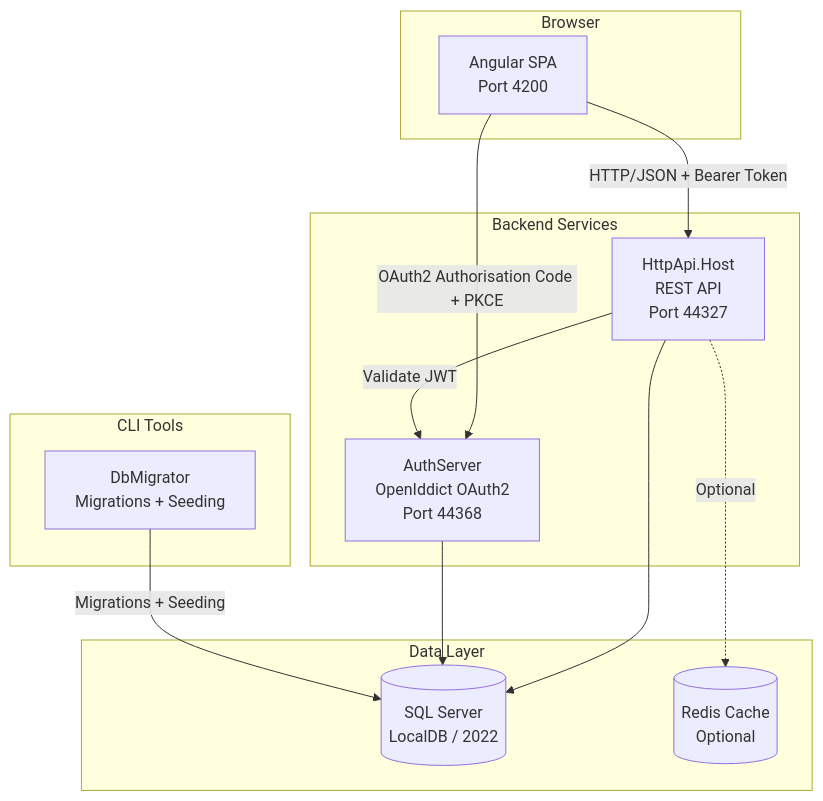
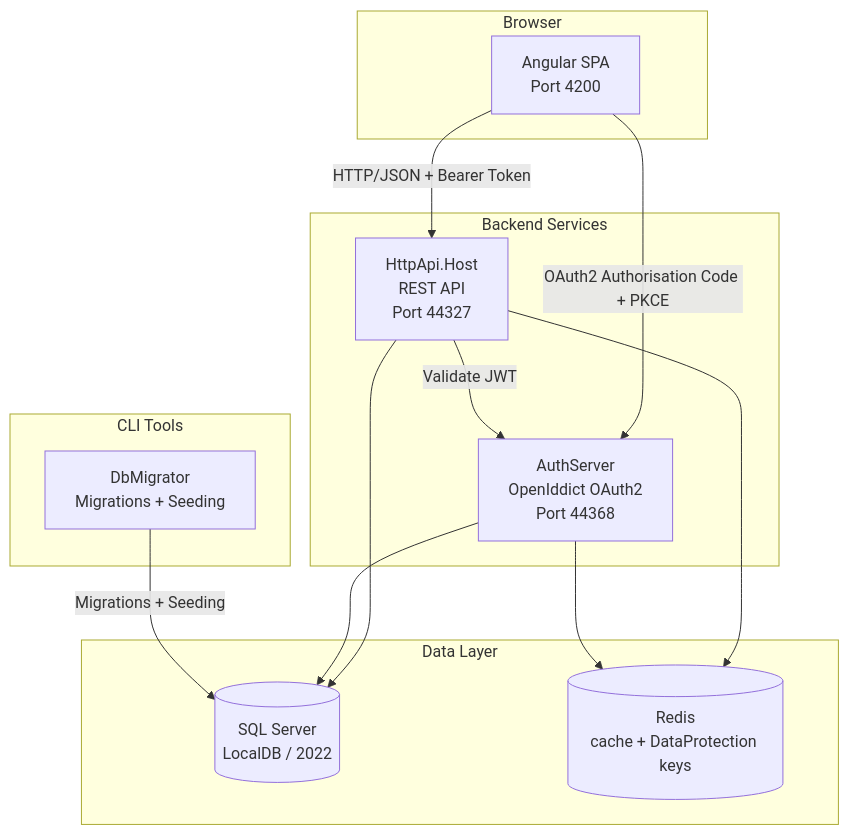
The first of 3 diagrams in README.md (gesco-healthcare-support/hcs-patient-portal), drawn with Mermaid before and after one commit. The commit also changed other lines of this file and 1 other file, not shown here.

````diff
--- a/README.md
+++ b/README.md
@@ -123,28 +189,29 @@
 ```mermaid
 flowchart TB
     subgraph Browser["Browser"]
         Angular["Angular SPA<br/>Port 4200"]
     end
 
     subgraph Backend["Backend Services"]
         API["HttpApi.Host<br/>REST API<br/>Port 44327"]
         Auth["AuthServer<br/>OpenIddict OAuth2<br/>Port 44368"]
     end
 
     subgraph Data["Data Layer"]
         SQL[("SQL Server<br/>LocalDB / 2022")]
-        Redis[("Redis Cache<br/>Optional")]
+        Redis[("Redis<br/>cache + DataProtection keys")]
     end
 
     subgraph Tools["CLI Tools"]
         Migrator["DbMigrator<br/>Migrations + Seeding"]
     end
 
     Angular -->|"HTTP/JSON + Bearer Token"| API
     Angular -->|"OAuth2 Authorisation Code + PKCE"| Auth
     API -->|"Validate JWT"| Auth
     API --> SQL
-    API -.->|"Optional"| Redis
+    API --> Redis
+    Auth --> Redis
     Auth --> SQL
     Migrator -->|"Migrations + Seeding"| SQL
 ```
````
